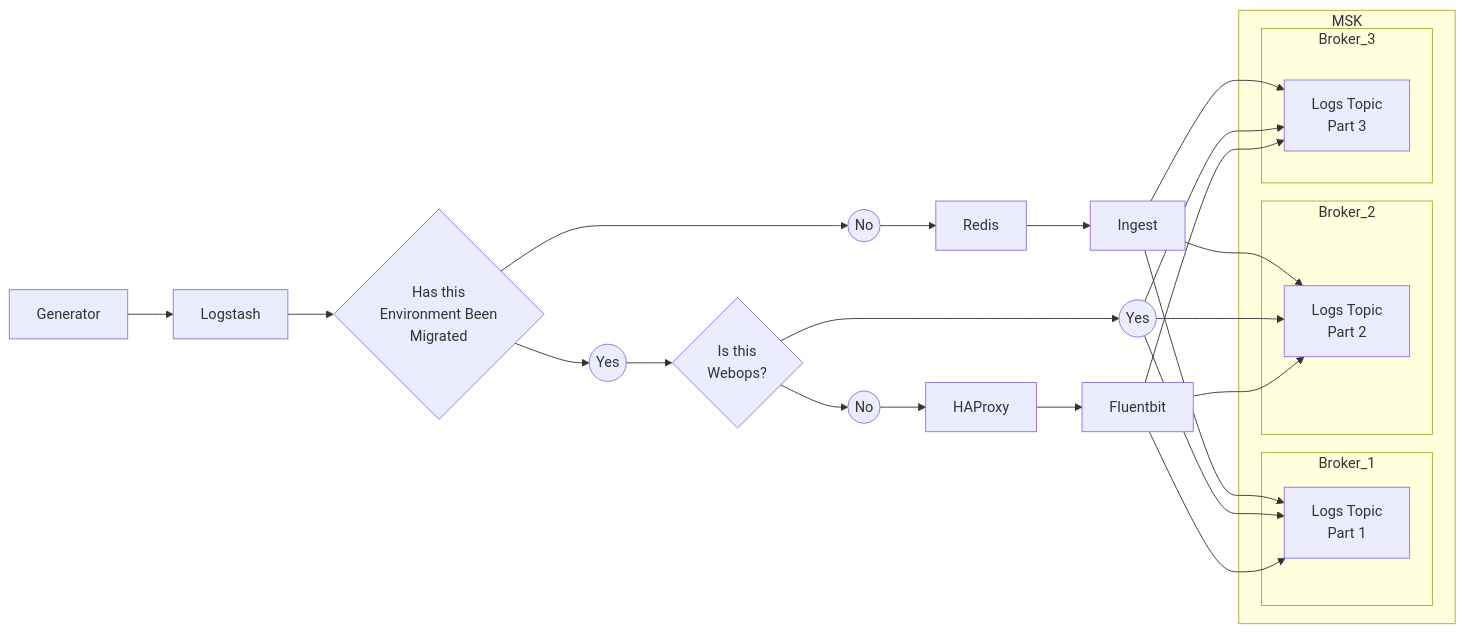
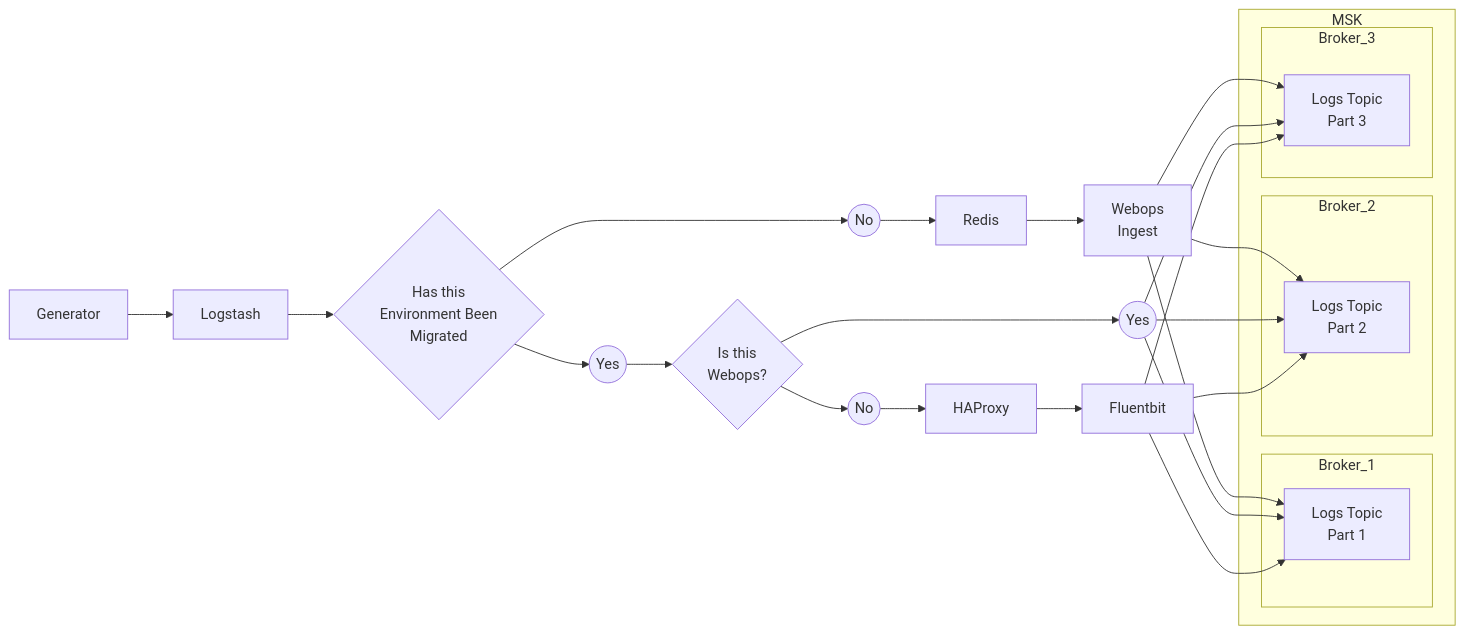
One commit to Saskia-MDTP/can-hedgehogs-fly changed the second of 2 diagrams in README.md. Above: the diagram before and after it, drawn with Mermaid.

````diff
--- a/README.md
+++ b/README.md
@@ -15,32 +15,32 @@
 ```mermaid
   graph LR;
       subgraph MSK
           subgraph Broker_1
               P1[Logs Topic<br/>Part 1];
            end
           subgraph Broker_2
               P2[Logs Topic<br/>Part 2];
            end
           subgraph Broker_3
               P3[Logs Topic<br/>Part 3];
            end
        end
    Generator-->Logstash;
    Logstash-->Q1{Has this<br/>Environment Been<br/>Migrated};
    Q1-->Y1((Yes));
    Q1-->N1((No));
-   N1-->Redis-->Ingest;
-   Ingest-->P1;
-   Ingest-->P2;
-   Ingest-->P3;
+   N1-->Redis-->I1[Webops<br/>Ingest];
+   I1-->P1;
+   I1-->P2;
+   I1-->P3;
    Y1-->Q2{Is this<br/>Webops?};
    Q2-->Y2((Yes));
    Q2-->N2((No));
    Y2-->P1;
    Y2-->P2;
    Y2-->P3;
    N2-->HAProxy-->Fluentbit;
    Fluentbit-->P1;
    Fluentbit-->P2;
    Fluentbit-->P3;
 ```
````
